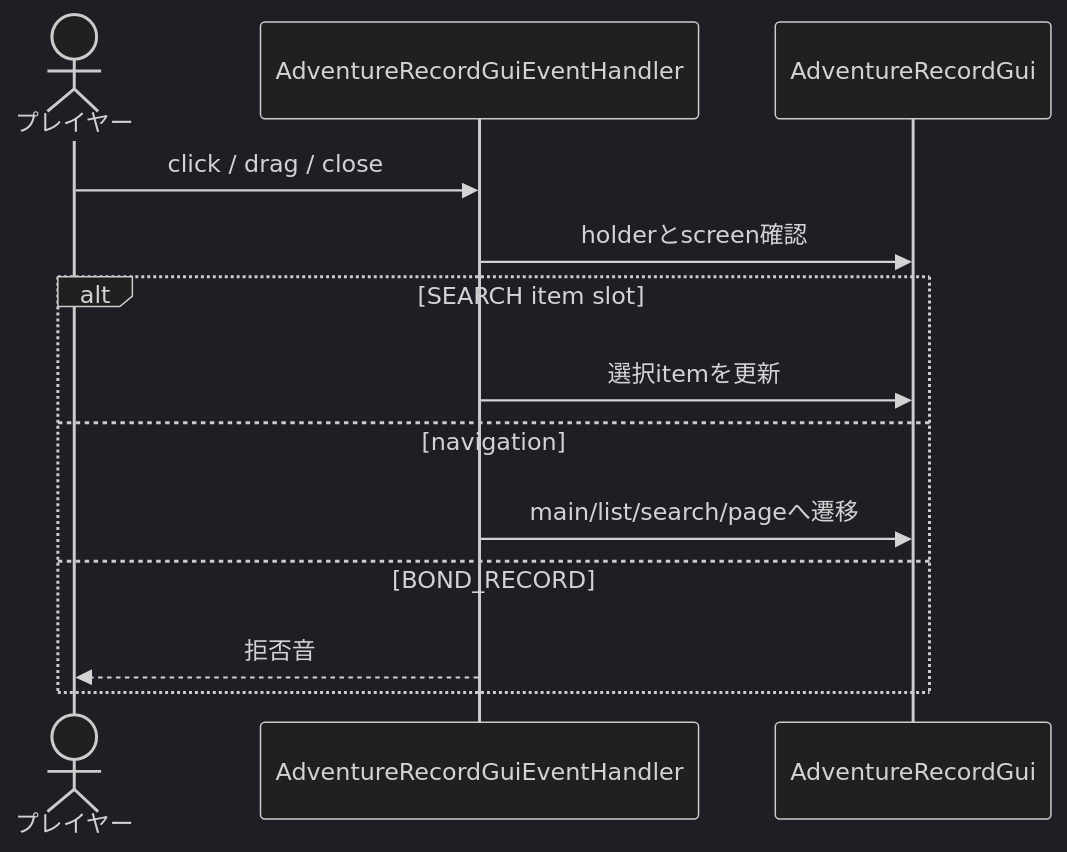
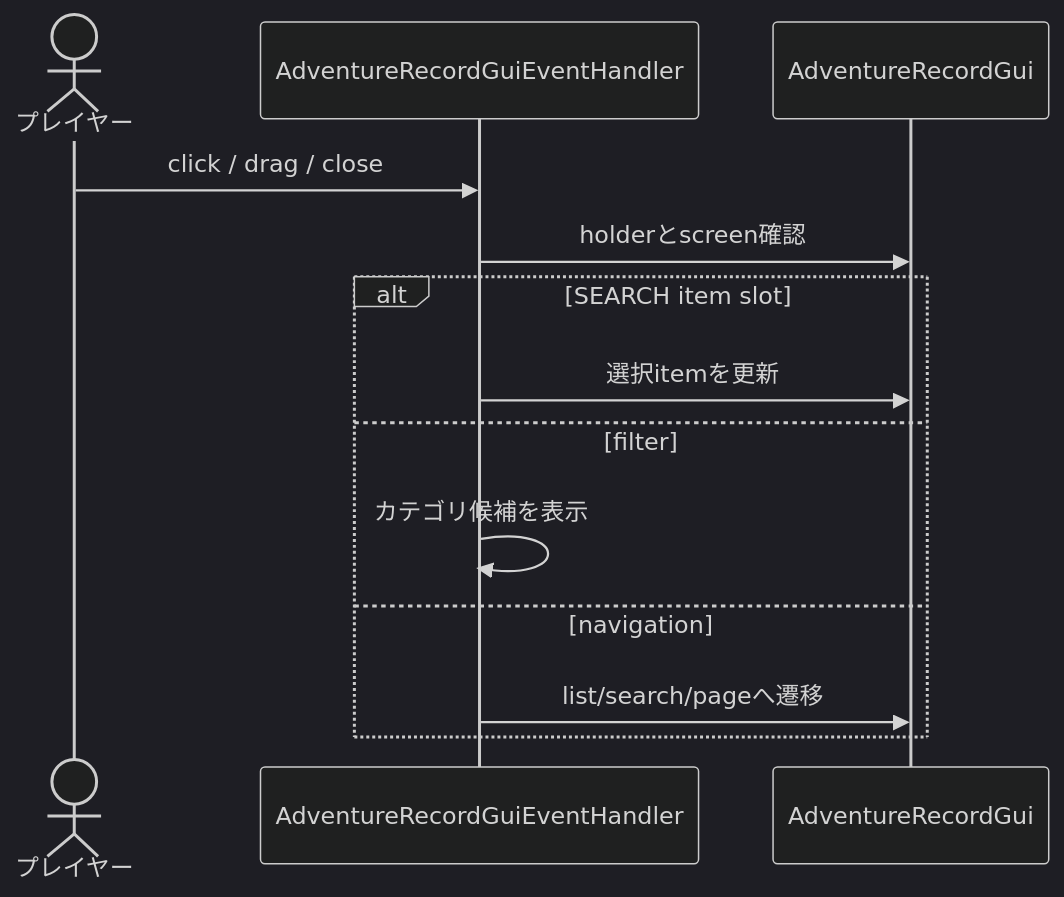
One commit to maaasu/AstralRecord-Workspace changed the fourth of 4 diagrams in 00_docs/10_Plugin設計書/feature/21-adventurerecord/21_4-統合フロー.md. Above: the diagram before and after it, drawn with Mermaid (dark theme). The commit also changed other lines of this file and 12 other files, not shown here.

````diff
--- a/00_docs/10_Plugin設計書/feature/21-adventurerecord/21_4-統合フロー.md
+++ b/00_docs/10_Plugin設計書/feature/21-adventurerecord/21_4-統合フロー.md
@@ -95,15 +95,15 @@
 ```mermaid
 sequenceDiagram
     actor Player as プレイヤー
     participant Handler as AdventureRecordGuiEventHandler
     participant GUI as AdventureRecordGui
     Player->>Handler: click / drag / close
     Handler->>GUI: holderとscreen確認
     alt SEARCH item slot
         Handler->>GUI: 選択itemを更新
+    else filter
+        Handler->>Handler: カテゴリ候補を表示
     else navigation
-        Handler->>GUI: main/list/search/pageへ遷移
-    else BOND_RECORD
-        Handler-->>Player: 拒否音
+        Handler->>GUI: list/search/pageへ遷移
     end
 ```
````
